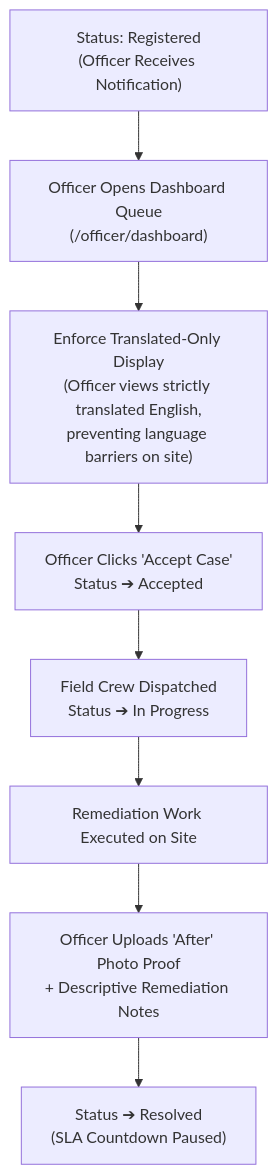
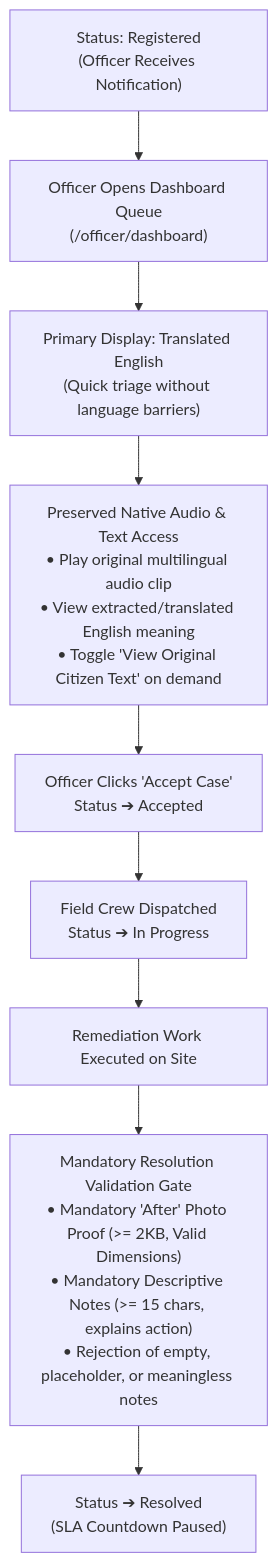
Before and after one commit to SHRUTISINHA250714/civic: diagram 13 of 18 in phases.md, drawn with Mermaid. The commit also changed other lines of this file and 11 other files, not shown here.

````diff
--- a/phases.md
+++ b/phases.md
@@ -409,10 +409,11 @@
 ```mermaid
 flowchart TD
     Reg["Status: Registered\n(Officer Receives Notification)"] --> View["Officer Opens Dashboard Queue\n(/officer/dashboard)"]
-    View --> TransView["Enforce Translated-Only Display\n(Officer views strictly translated English,\npreventing language barriers on site)"]
-    TransView --> Accept["Officer Clicks 'Accept Case'\nStatus ➔ Accepted"]
+    View --> PrimaryTrans["Primary Display: Translated English\n(Quick triage without language barriers)"]
+    PrimaryTrans --> DualView["Preserved Native Audio & Text Access\n• Play original multilingual audio clip\n• View extracted/translated English meaning\n• Toggle 'View Original Citizen Text' on demand"]
+    DualView --> Accept["Officer Clicks 'Accept Case'\nStatus ➔ Accepted"]
     Accept --> Prog["Field Crew Dispatched\nStatus ➔ In Progress"]
     Prog --> Fix["Remediation Work Executed on Site"]
-    Fix --> Proof["Officer Uploads 'After' Photo Proof\n+ Descriptive Remediation Notes"]
-    Proof --> Resolved["Status ➔ Resolved\n(SLA Countdown Paused)"]
+    Fix --> ValidReq["Mandatory Resolution Validation Gate\n• Mandatory 'After' Photo Proof (>= 2KB, Valid Dimensions)\n• Mandatory Descriptive Notes (>= 15 chars, explains action)\n• Rejection of empty, placeholder, or meaningless notes"]
+    ValidReq --> Resolved["Status ➔ Resolved\n(SLA Countdown Paused)"]
 ```
````
